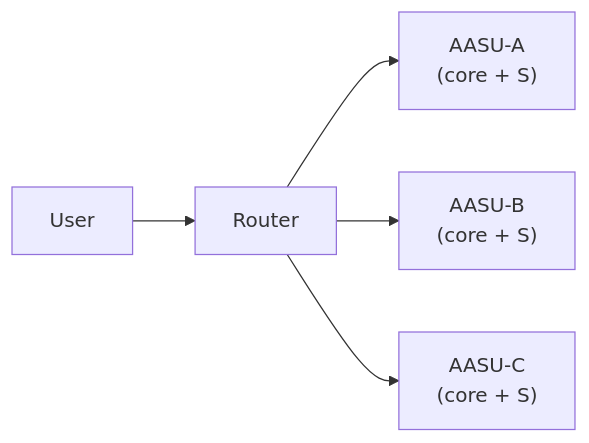
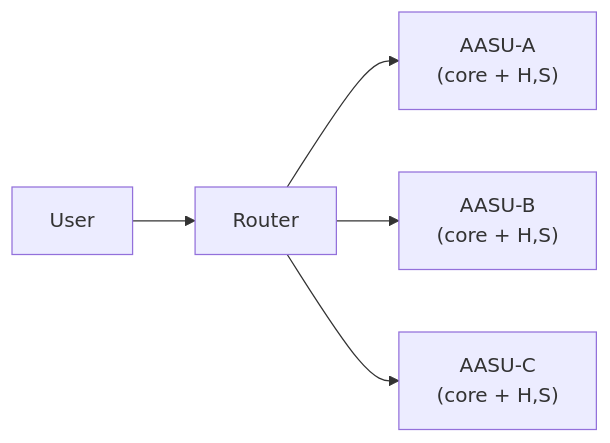
One commit to SAISec/AASU changed the second of 3 diagrams in docs/whitepapers/AASU_White_Paper_Extended_v2_2_Enriched.md. Above: the diagram before and after it, drawn with Mermaid. The commit also changed other lines of this file and 16 other files, not shown here.

````diff
--- a/docs/whitepapers/AASU_White_Paper_Extended_v2_2_Enriched.md
+++ b/docs/whitepapers/AASU_White_Paper_Extended_v2_2_Enriched.md
@@ -90,7 +91,7 @@
 ``` mermaid
 flowchart LR
     User --> Router
-    Router --> A1["AASU-A<br/>(core + S)"]
-    Router --> A2["AASU-B<br/>(core + S)"]
-    Router --> A3["AASU-C<br/>(core + S)"]
+    Router --> A1["AASU-A<br/>(core + H,S)"]
+    Router --> A2["AASU-B<br/>(core + H,S)"]
+    Router --> A3["AASU-C<br/>(core + H,S)"]
 ```
````
